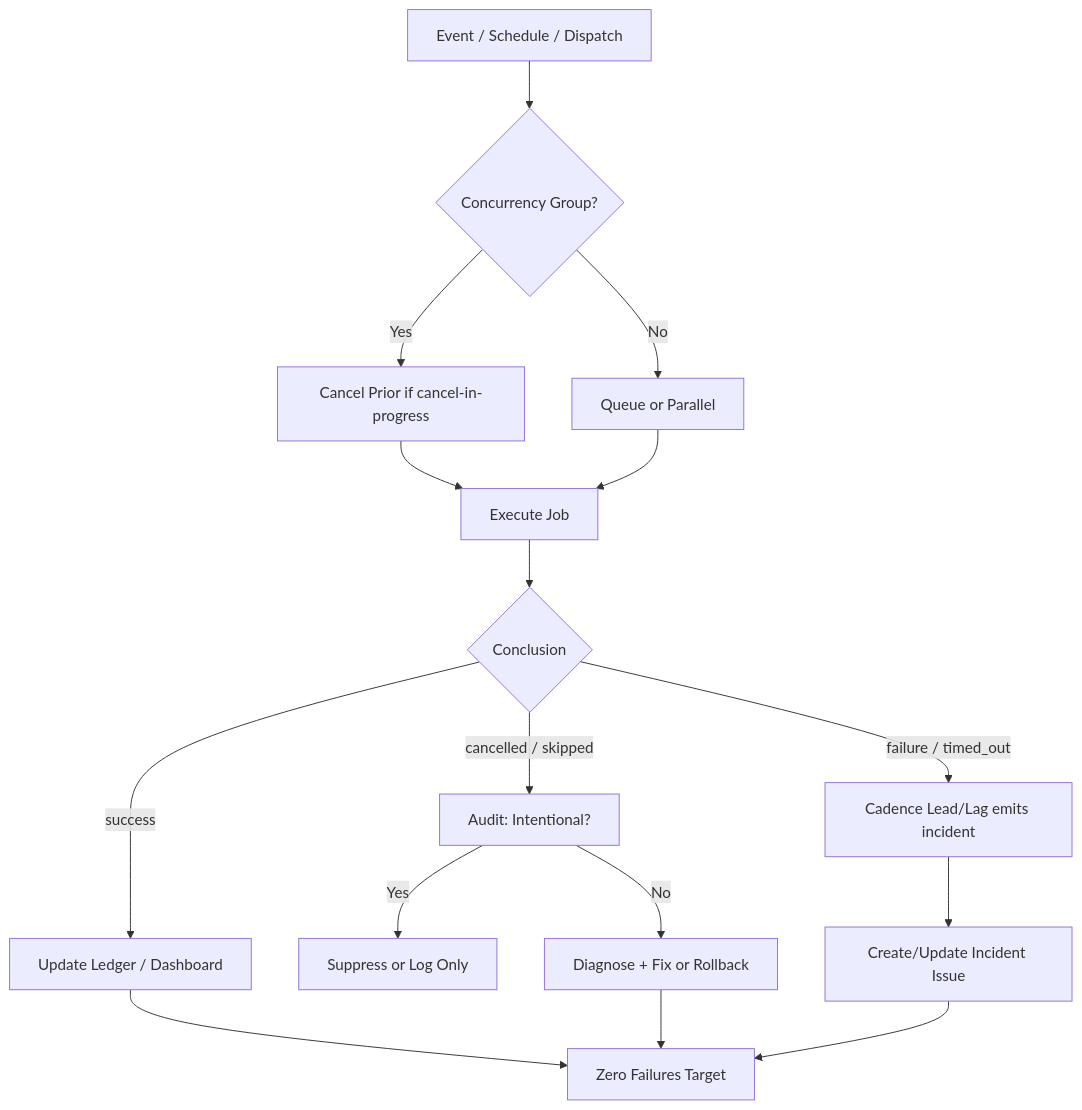
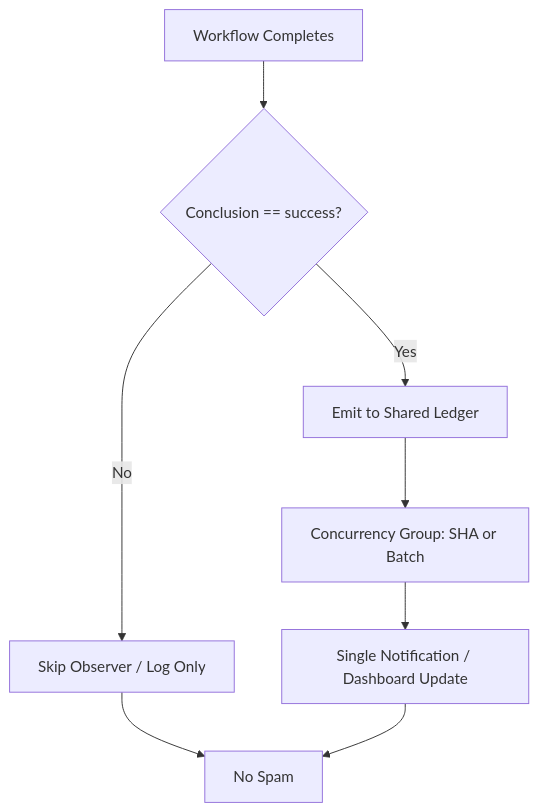
Before and after one commit to timerloggedout-spec/termux-monorepo: the diagram in docs/ops/ACTIONS-MATRIX.md, drawn with Mermaid. The commit also changed other lines of this file, not shown here.

Commit message:
ops(matrix): refresh 2026-10-22 recon — master tip 16bc628 success-dominant; high-volume workflow_run cascades (lane-events-recorder ~23k, agent-throughput ~38k) identified as primary spam source; recommend filter on conclusion != skipped/cancelled + batching

````diff
--- a/docs/ops/ACTIONS-MATRIX.md
+++ b/docs/ops/ACTIONS-MATRIX.md
@@ -37,18 +44,10 @@
 ```mermaid
 flowchart TD
-    A[Event / Schedule / Dispatch] --> B{Concurrency Group?}
-    B -->|Yes| C[Cancel Prior if cancel-in-progress]
-    B -->|No| D[Queue or Parallel]
-    C --> E[Execute Job]
-    D --> E
-    E --> F{Conclusion}
-    F -->|success| G[Update Ledger / Dashboard]
-    F -->|failure / timed_out| H[Cadence Lead/Lag emits incident]
-    F -->|cancelled / skipped| I[Audit: Intentional?]
-    I -->|Yes| J[Suppress or Log Only]
-    I -->|No| K[Diagnose + Fix or Rollback]
-    H --> L[Create/Update Incident Issue]
-    G --> M[Zero Failures Target]
-    K --> M
-    L --> M
+    A[Workflow Completes] --> B{Conclusion == success?}
+    B -->|No| C[Skip Observer / Log Only]
+    B -->|Yes| D[Emit to Shared Ledger]
+    D --> E[Concurrency Group: SHA or Batch]
+    E --> F[Single Notification / Dashboard Update]
+    C --> G[No Spam]
+    F --> G
 ```
````
